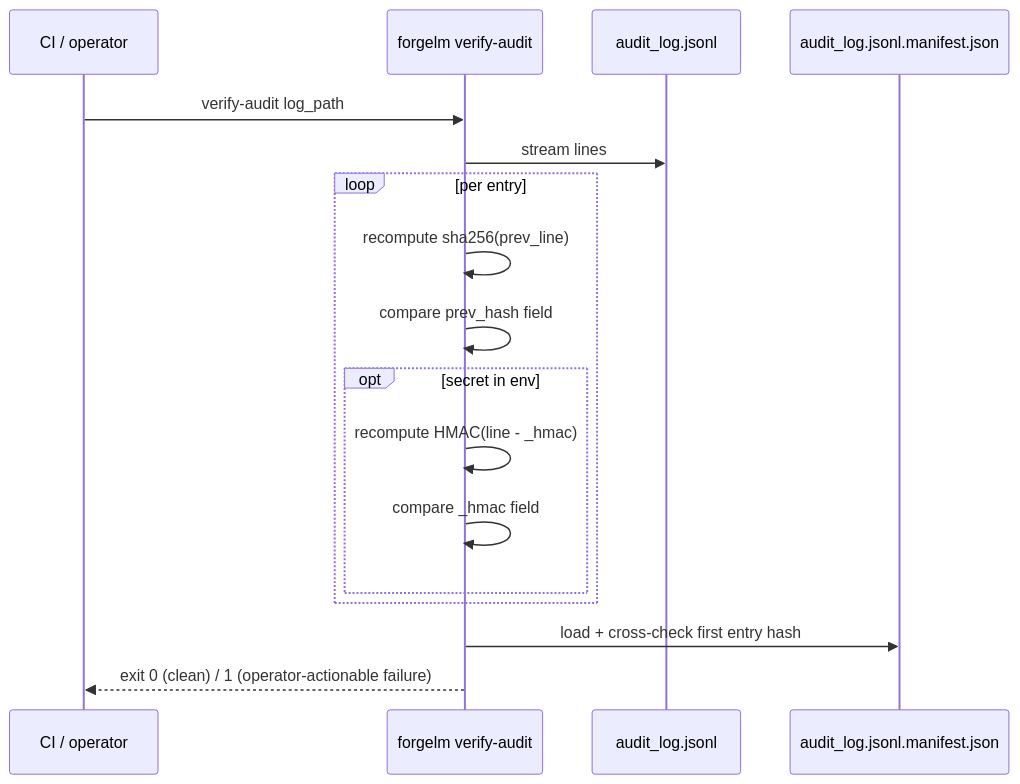
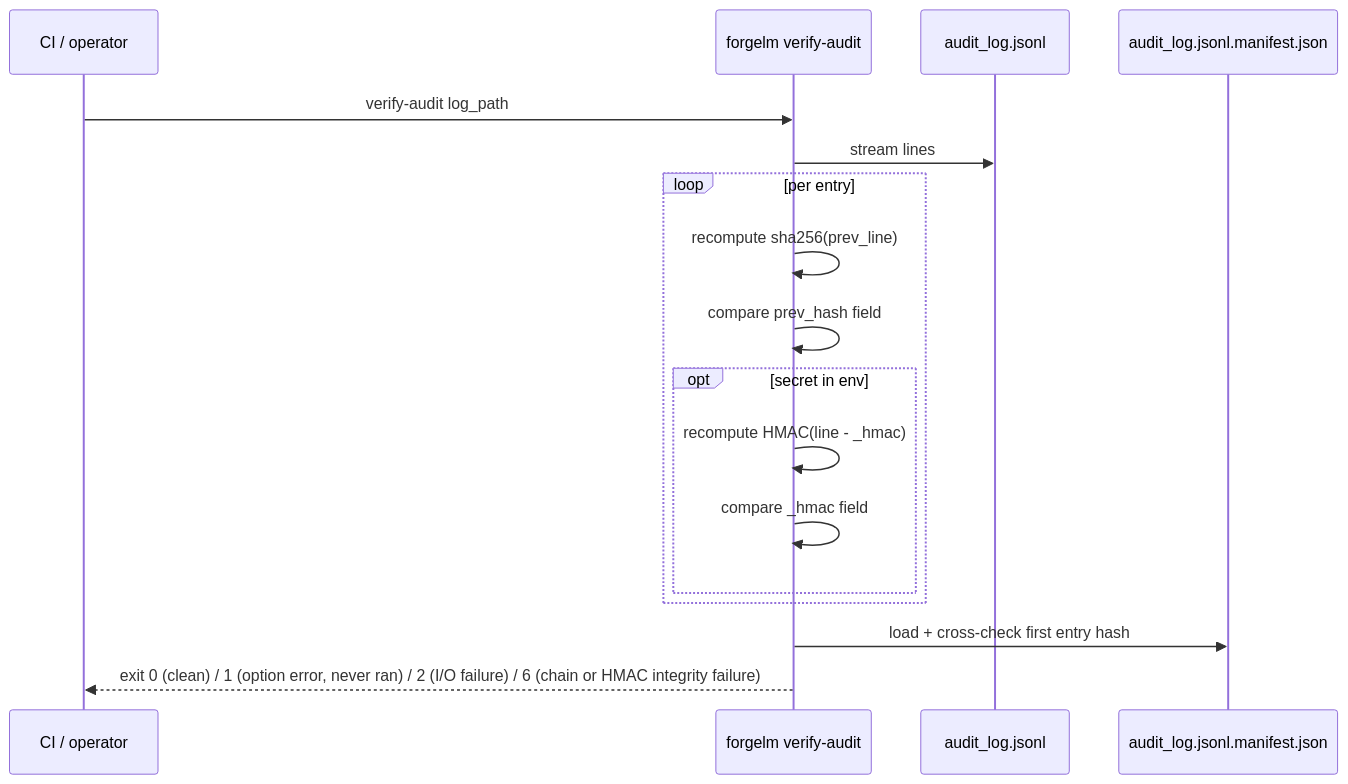
The diagram in docs/usermanuals/en/compliance/verify-audit.md (HodeTech/ForgeLM), drawn with Mermaid before and after one commit. The commit also changed other lines of this file and 63 other files, not shown here.

First line of the commit message:
feat(step-3): EXIT_INTEGRITY_FAILURE, forgelm/verify.py, and an honest gauntlet

````diff
--- a/docs/usermanuals/en/compliance/verify-audit.md
+++ b/docs/usermanuals/en/compliance/verify-audit.md
@@ -19,20 +19,20 @@
 ```mermaid
 sequenceDiagram
     participant CI as CI / operator
     participant Verify as forgelm verify-audit
     participant Log as audit_log.jsonl
     participant Manifest as audit_log.jsonl.manifest.json
 
     CI->>Verify: verify-audit log_path
     Verify->>Log: stream lines
     loop per entry
         Verify->>Verify: recompute sha256(prev_line)
         Verify->>Verify: compare prev_hash field
         opt secret in env
             Verify->>Verify: recompute HMAC(line - _hmac)
             Verify->>Verify: compare _hmac field
         end
     end
     Verify->>Manifest: load + cross-check first entry hash
-    Verify-->>CI: exit 0 (clean) / 1 (operator-actionable failure)
+    Verify-->>CI: exit 0 (clean) / 1 (option error, never ran) / 2 (I/O failure) / 6 (chain or HMAC integrity failure)
 ```
````
